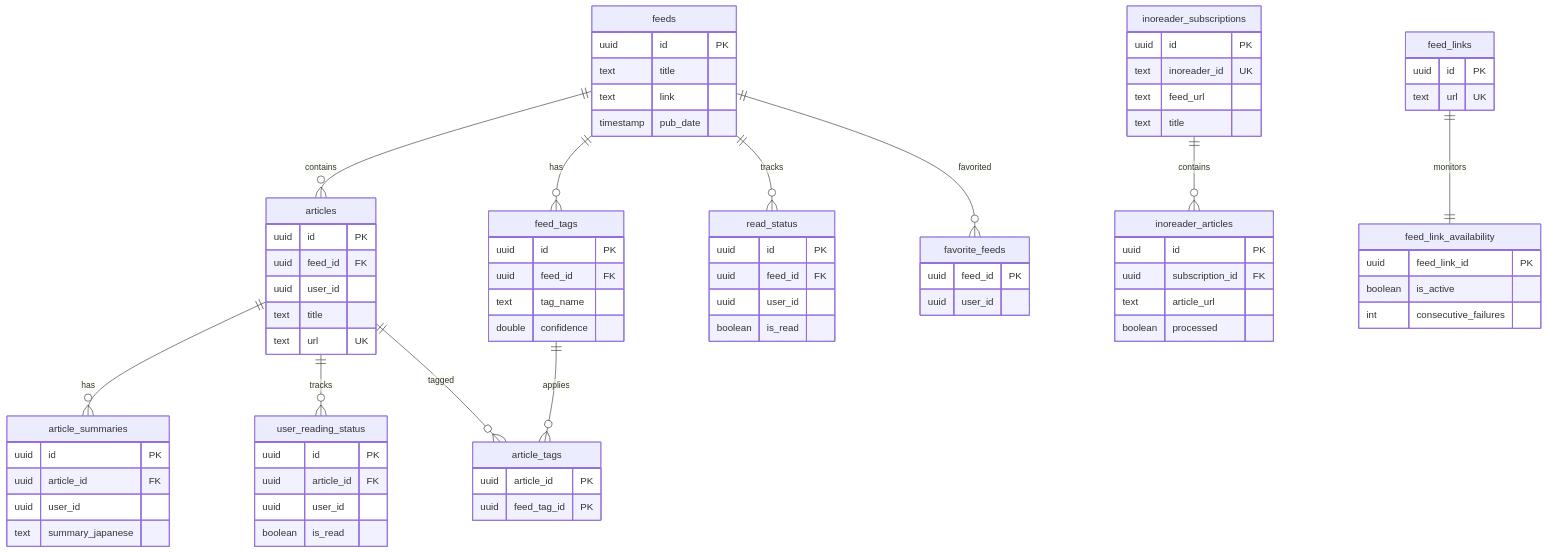
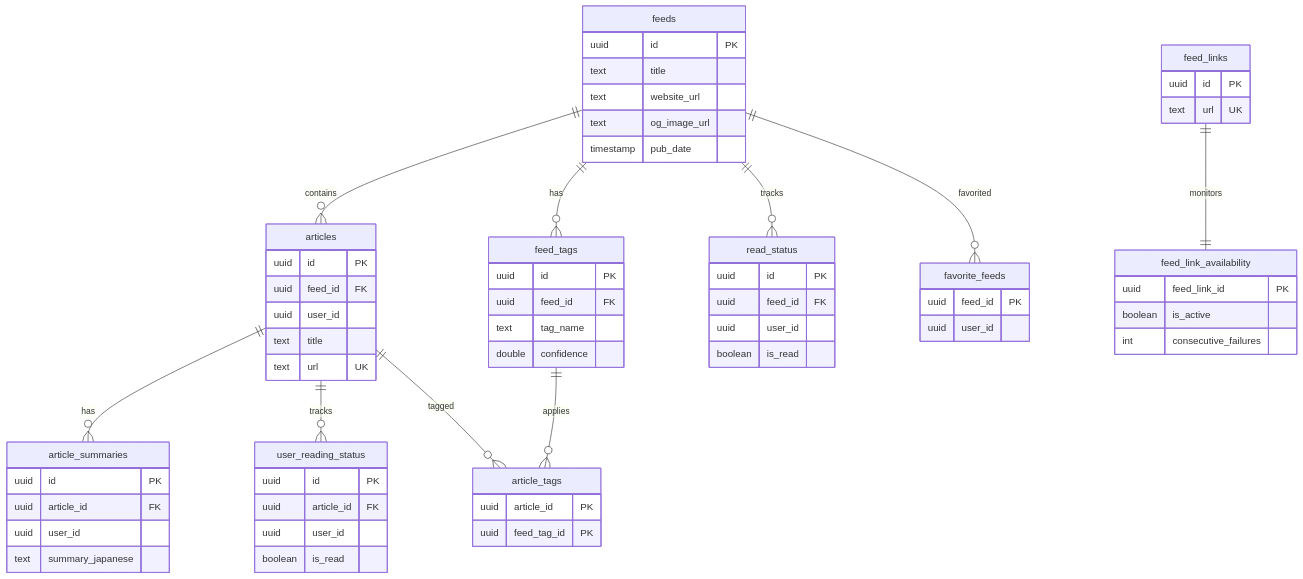
Before and after one commit to Kaikei-e/Alt: the first of 2 diagrams in docs/services/alt-db.md, drawn with Mermaid. The commit also changed other lines of this file and 76 other files, not shown here.

````diff
--- a/docs/services/alt-db.md
+++ b/docs/services/alt-db.md
@@ -46,13 +46,13 @@
     articles ||--o{ user_reading_status : "tracks"
     articles ||--o{ article_tags : "tagged"
     feed_tags ||--o{ article_tags : "applies"
-    inoreader_subscriptions ||--o{ inoreader_articles : "contains"
     feed_links ||--|| feed_link_availability : "monitors"
 
     feeds {
         uuid id PK
         text title
-        text link
+        text website_url
+        text og_image_url
         timestamp pub_date
     }
 
@@ -112,18 +112,4 @@
         boolean is_active
         int consecutive_failures
     }
-
-    inoreader_subscriptions {
-        uuid id PK
-        text inoreader_id UK
-        text feed_url
-        text title
-    }
-
-    inoreader_articles {
-        uuid id PK
-        uuid subscription_id FK
-        text article_url
-        boolean processed
-    }
 ```
````
